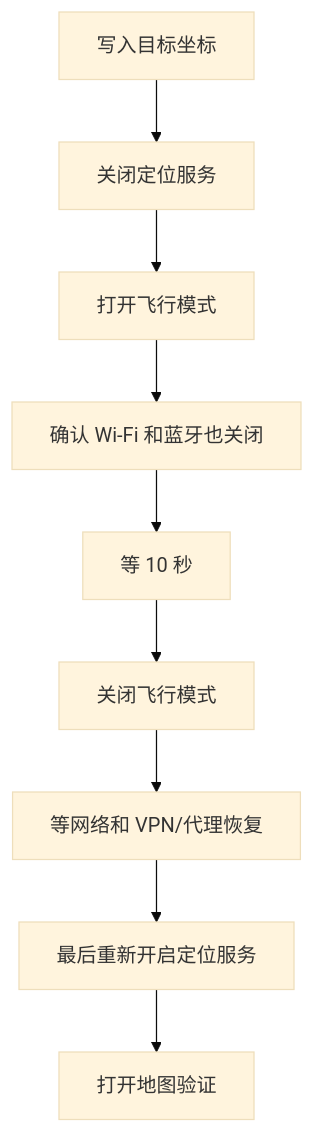
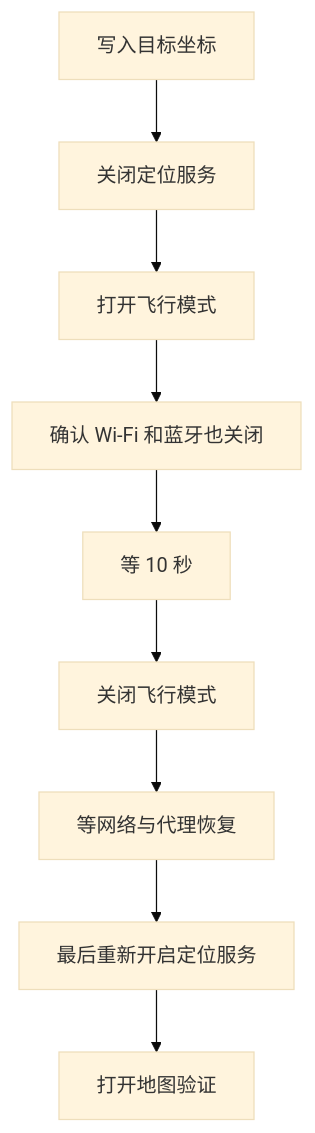
The diagram in docs/USAGE.md (Amamiyashi0n/wwwloc), drawn with Mermaid (base theme) before and after one commit. The commit also changed other lines of this file and 6 other files, not shown here.

````diff
--- a/docs/USAGE.md
+++ b/docs/USAGE.md
@@ -154,11 +84,11 @@
 ```mermaid
 flowchart TD
     A["写入目标坐标"] --> B["关闭定位服务"]
     B --> C["打开飞行模式"]
     C --> D["确认 Wi-Fi 和蓝牙也关闭"]
     D --> E["等 10 秒"]
     E --> F["关闭飞行模式"]
-    F --> G["等网络和 VPN/代理恢复"]
+    F --> G["等网络与代理恢复"]
     G --> H["最后重新开启定位服务"]
     H --> I["打开地图验证"]
 ```
````
